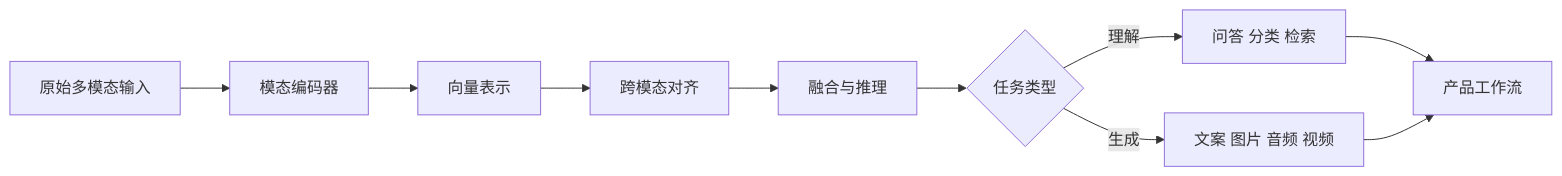
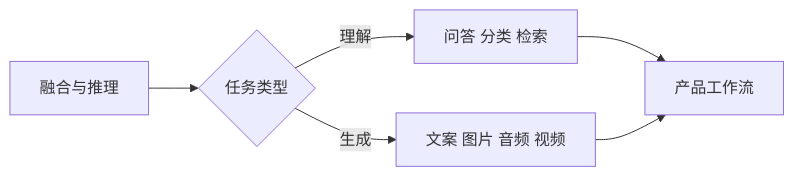
One commit to oudbiao/AI-fullstack-course changed the fifth of 5 diagrams in docs/stage10/ch01-multimodal/00-roadmap.md. Above: the diagram before and after it, drawn with Mermaid. The commit also changed other lines of this file and 139 other files, not shown here.

````diff
--- a/docs/stage10/ch01-multimodal/00-roadmap.md
+++ b/docs/stage10/ch01-multimodal/00-roadmap.md
@@ -56,12 +72,8 @@
 ```mermaid
 flowchart LR
-  A[原始多模态输入] --> B[模态编码器]
-  B --> C[向量表示]
-  C --> D[跨模态对齐]
-  D --> E[融合与推理]
-  E --> F{任务类型}
+  E[融合与推理] --> F{任务类型}
   F -- 理解 --> G[问答 分类 检索]
   F -- 生成 --> H[文案 图片 音频 视频]
   G --> I[产品工作流]
   H --> I
 ```
````
